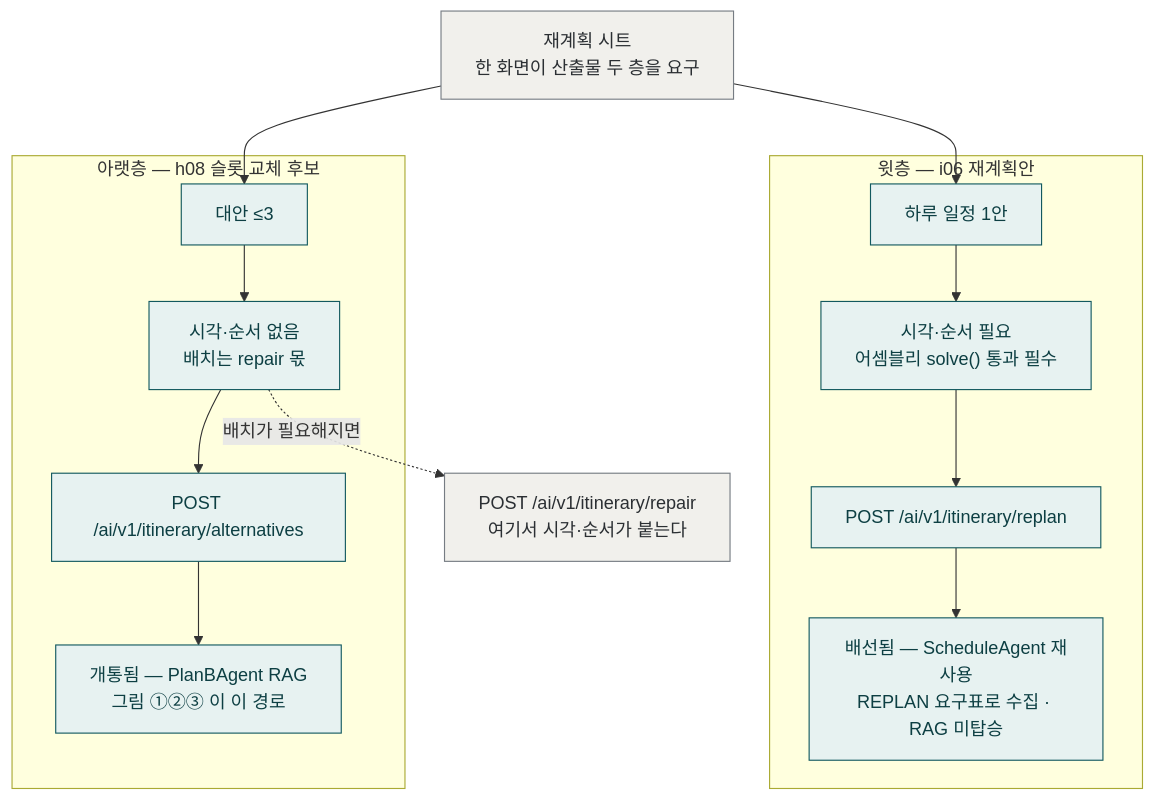
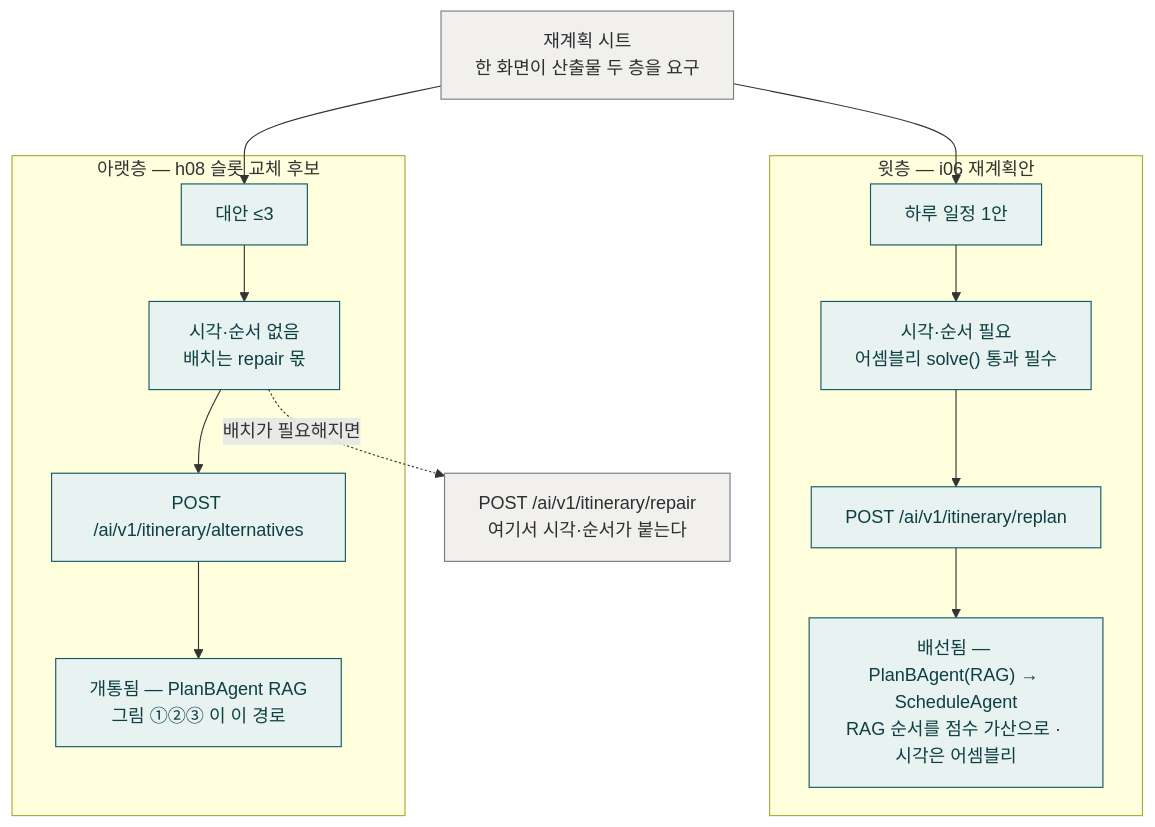
Before and after one commit to ASM-TripPilot/trippilot: the diagram in ai/mermaid/planB/planb-4-output-layers.md, drawn with Mermaid. The commit also changed other lines of this file and 1 other file, not shown here.

First line of the commit message:
docs(ai): PlanB 그림 ④ 를 #744 뒤로 — 윗층도 RAG 를 탄다

````diff
--- a/ai/mermaid/planB/planb-4-output-layers.md
+++ b/ai/mermaid/planB/planb-4-output-layers.md
@@ -8,25 +8,25 @@
 ```mermaid
 flowchart TB
   SHEET["재계획 시트<br/>한 화면이 산출물 두 층을 요구"]
 
   subgraph UP["윗층 — i06 재계획안"]
     U1["하루 일정 1안"] --> U2["시각·순서 필요<br/>어셈블리 solve() 통과 필수"]
     U2 --> U3["POST /ai/v1/itinerary/replan"]
-    U3 --> U4["배선됨 — ScheduleAgent 재사용<br/>REPLAN 요구표로 수집 · RAG 미탑승"]
+    U3 --> U4["배선됨 — PlanBAgent(RAG) → ScheduleAgent<br/>RAG 순서를 점수 가산으로 · 시각은 어셈블리"]
   end
 
   subgraph LOW["아랫층 — h08 슬롯 교체 후보"]
     D1["대안 ≤3"] --> D2["시각·순서 없음<br/>배치는 repair 몫"]
     D2 --> D3["POST /ai/v1/itinerary/alternatives"]
     D3 --> D4["개통됨 — PlanBAgent RAG<br/>그림 ①②③ 이 이 경로"]
   end
 
   SHEET --> U1
   SHEET --> D1
   D2 -.->|"배치가 필요해지면"| REPAIR["POST /ai/v1/itinerary/repair<br/>여기서 시각·순서가 붙는다"]
 
   classDef ok fill:#e7f2f1,stroke:#12595f,color:#0d3f43
   classDef neutral fill:#f1f0ec,stroke:#767c83,color:#2b2f33
   class D1,D2,D3,D4,U1,U2,U3,U4 ok
   class SHEET,REPAIR neutral
 ```
````
